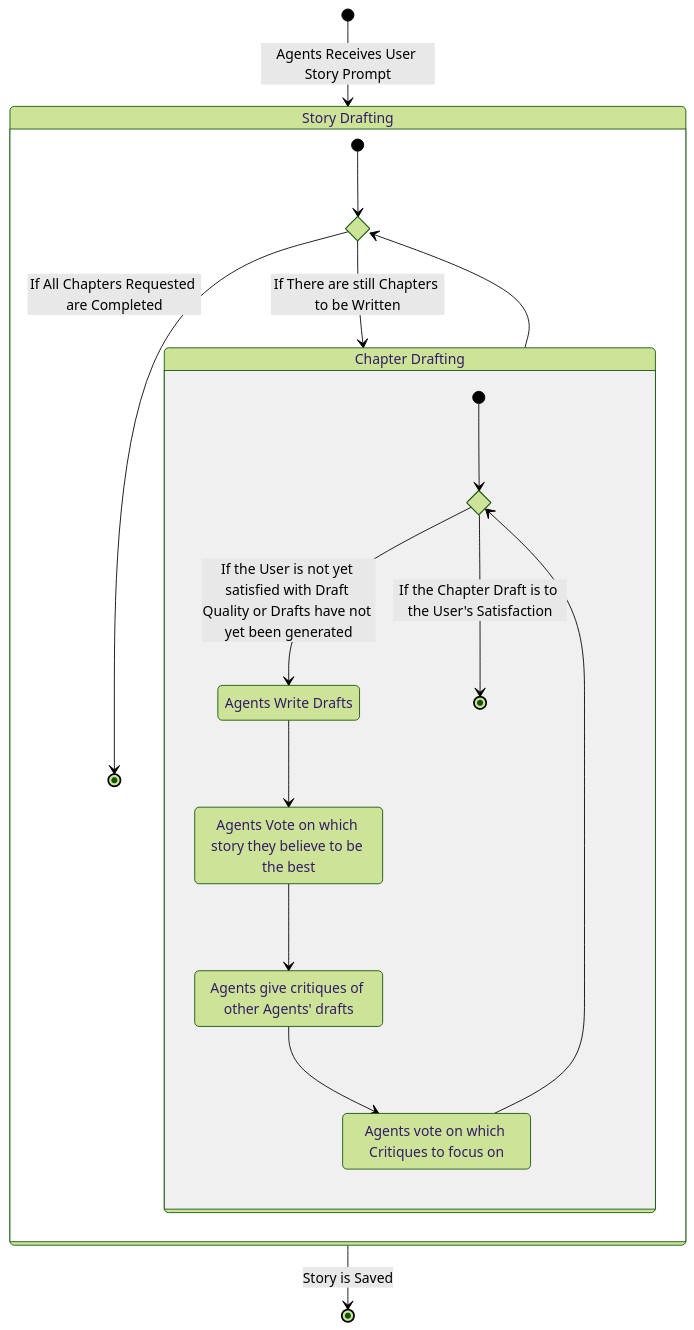
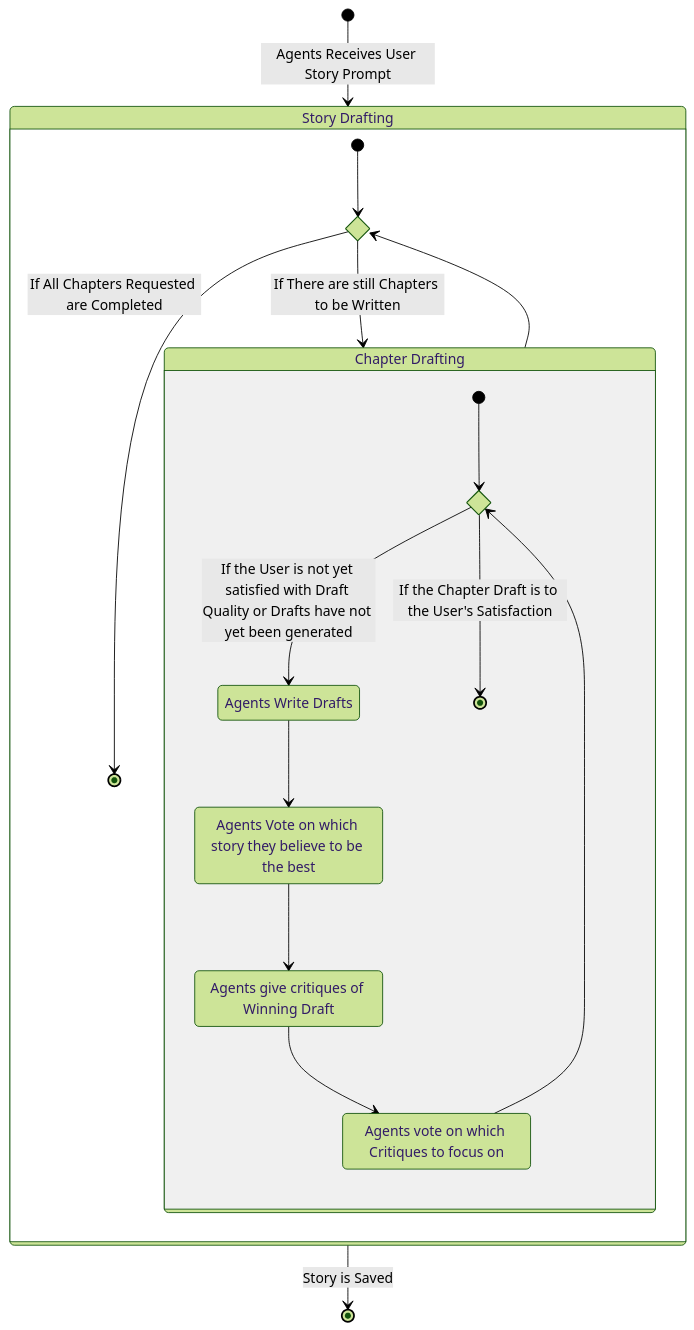
One commit to Capstone-Projects-2025-Spring/project-003-story-builder-team-1 changed the diagram in documentation/docs/system-architecture/design.md. Above: the diagram before and after it, drawn with Mermaid (forest theme).

````diff
--- a/documentation/docs/system-architecture/design.md
+++ b/documentation/docs/system-architecture/design.md
@@ -4,42 +4,42 @@
  ```mermaid
 stateDiagram-v2
     [*] --> Story_Drafting: Agents Receives User Story Prompt
 
    Story_Drafting: Story Drafting
    state Story_Drafting {
       state is_finished <<choice>>
       [*] --> is_finished
 
       is_finished --> Chapter_Drafting: If There are still Chapters to be Written
 
       Chapter_Drafting: Chapter Drafting
       state Chapter_Drafting{
          state is_satisfied <<choice>>
          [*] --> is_satisfied
          
          is_satisfied --> Draft: If the User is not yet satisfied with Draft Quality or Drafts have not yet been generated
          Draft: Agents Write Drafts
 
          Draft --> Vote
          Vote: Agents Vote on which story they believe to be the best
 
          Vote --> Critique
-         Critique: Agents give critiques of other Agents' drafts
+         Critique: Agents give critiques of Winning Draft
 
          Critique --> Critique_Vote
          Critique_Vote: Agents vote on which Critiques to focus on
 
          Critique_Vote --> is_satisfied
 
          is_satisfied --> [*]: If the Chapter Draft is to the User's Satisfaction
       }
 
       Chapter_Drafting --> is_finished
 
       is_finished --> [*]: If All Chapters Requested are Completed
          
    }
 
    Story_Drafting --> [*]: Story is Saved
 
 ```
````
